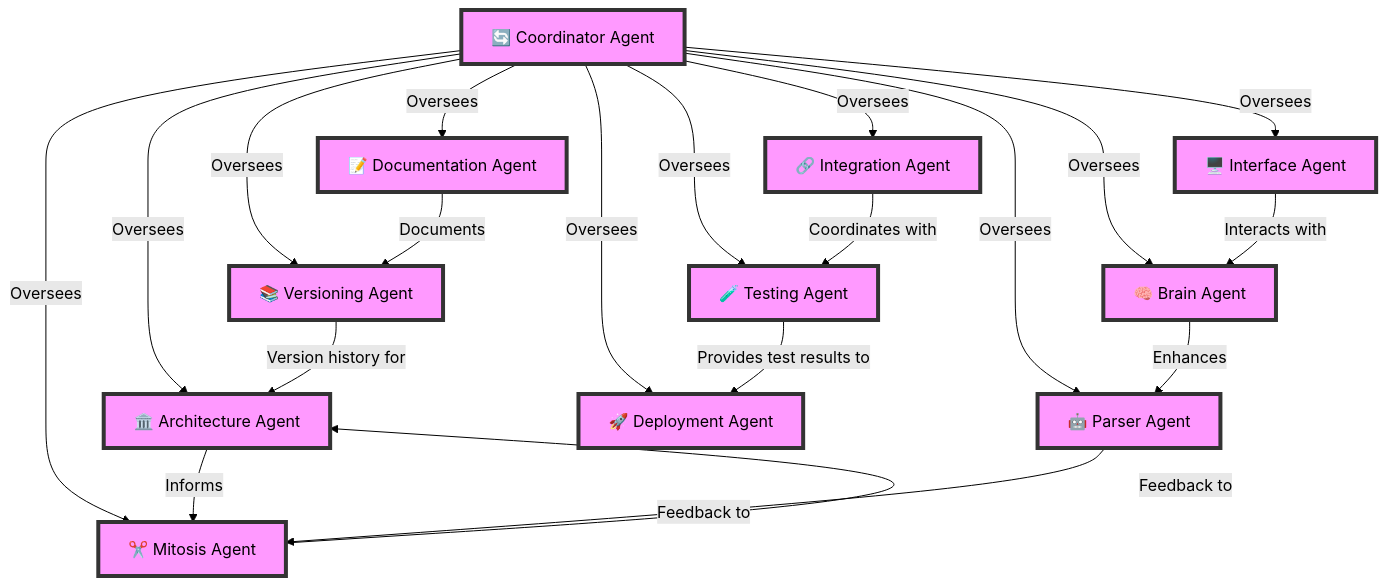
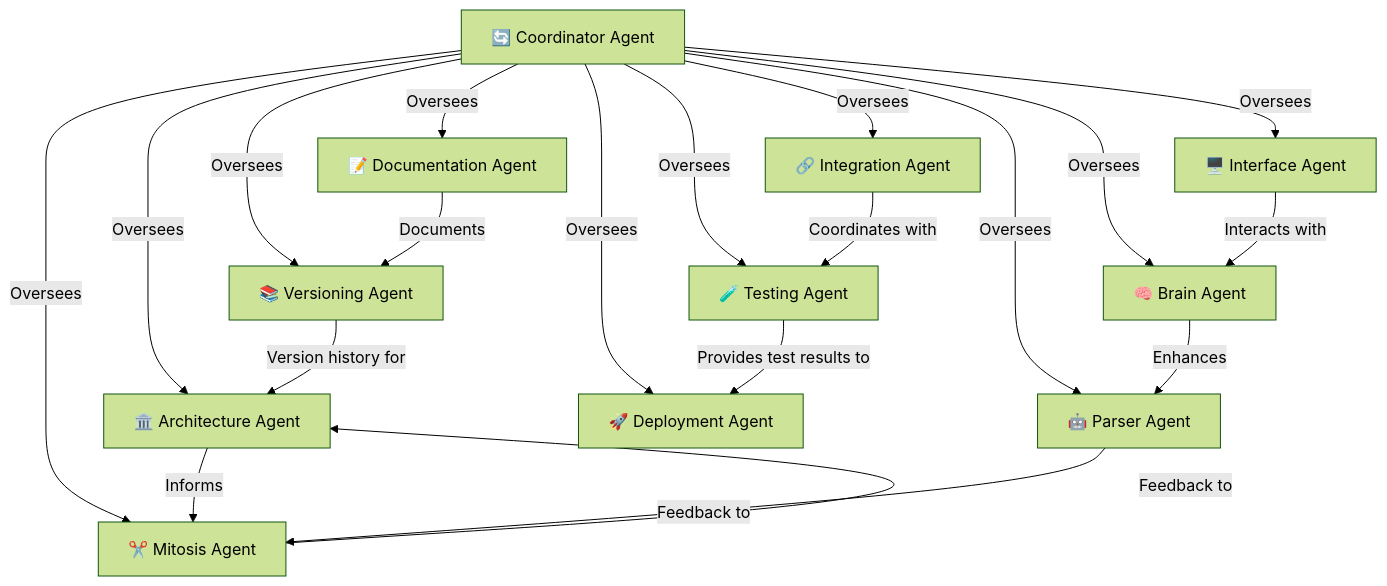
Before and after one commit to manurueda/Genesis: the diagram in README.md, drawn with Mermaid (forest theme).

````diff
--- a/README.md
+++ b/README.md
@@ -44,26 +44,23 @@
 ```mermaid
 graph TB;
     CoordinatorAgent[🔄 Coordinator Agent] -->|Oversees| ArchitectureAgent[🏛️ Architecture Agent]
     CoordinatorAgent -->|Oversees| MitosisAgent[✂️ Mitosis Agent]
     CoordinatorAgent -->|Oversees| ParserAgent[🤖 Parser Agent]
     CoordinatorAgent -->|Oversees| IntegrationAgent[🔗 Integration Agent]
     CoordinatorAgent -->|Oversees| TestingAgent[🧪 Testing Agent]
     CoordinatorAgent -->|Oversees| DeploymentAgent[🚀 Deployment Agent]
     CoordinatorAgent -->|Oversees| DocumentationAgent[📝 Documentation Agent]
     CoordinatorAgent -->|Oversees| VersioningAgent[📚 Versioning Agent]
     CoordinatorAgent -->|Oversees| InterfaceAgent[🖥️ Interface Agent]
     CoordinatorAgent -->|Oversees| BrainAgent[🧠 Brain Agent]
 
     ArchitectureAgent -->|Informs| MitosisAgent
     MitosisAgent -->|Feedback to| ArchitectureAgent
     ParserAgent -->|Feedback to| MitosisAgent
     IntegrationAgent -->|Coordinates with| TestingAgent
     TestingAgent -->|Provides test results to| DeploymentAgent
     DocumentationAgent -->|Documents| VersioningAgent
     VersioningAgent -->|Version history for| ArchitectureAgent
     InterfaceAgent -->|Interacts with| BrainAgent
     BrainAgent -->|Enhances| ParserAgent
-
-    classDef default fill:#f9f,stroke:#333,stroke-width:4px;
-    class CoordinatorAgent,ArchitectureAgent,MitosisAgent,ParserAgent,IntegrationAgent,TestingAgent,DeploymentAgent,DocumentationAgent,VersioningAgent,InterfaceAgent,BrainAgent default;
 ```
````
